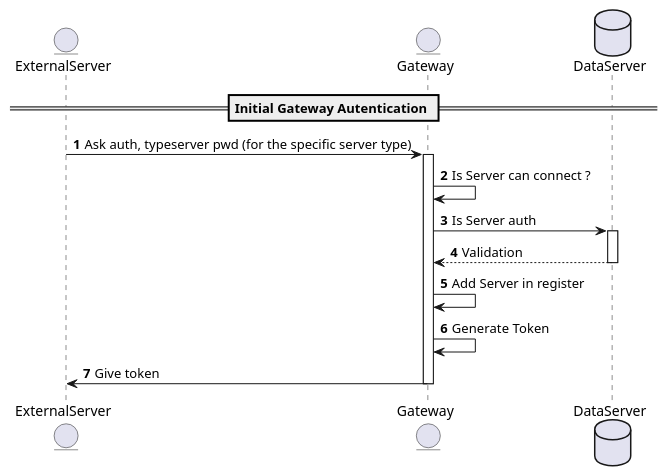
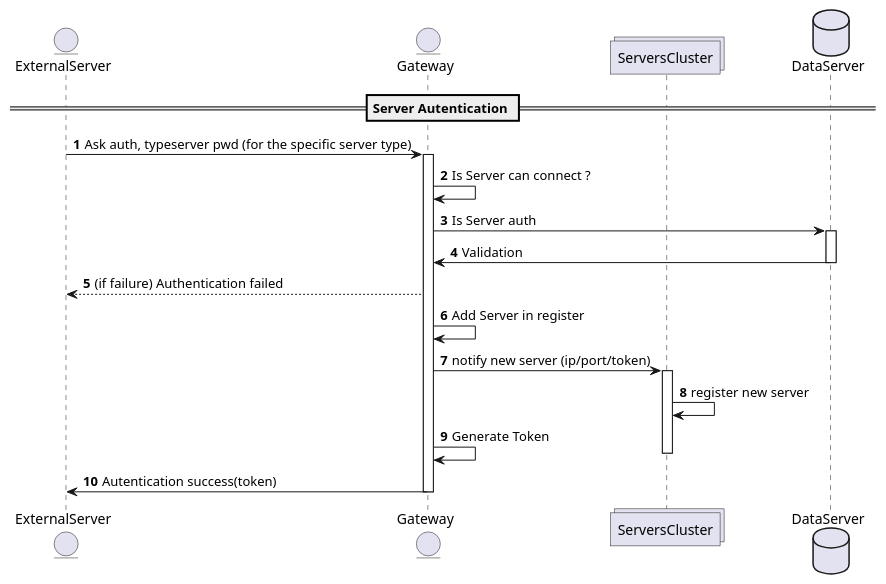
One commit to FreeYourSoul/DEPRECATED_FreeYourSoul_Server changed the diagram in Utils/resource/ServerAuthentication.puml. Above: the diagram before and after it, drawn with PlantUML. The commit also changed 1 other file, not shown here.

Commit message:
[FYS] [gateway]: resources - Add UML for switch (not complete) - Update Server UML

```diff
--- a/Utils/resource/ServerAuthentication.puml
+++ b/Utils/resource/ServerAuthentication.puml
@@ -1,18 +1,25 @@
 @startuml
 entity ExternalServer
 entity Gateway
+collections ServersCluster
 database DataServer
 autonumber
-== Initial Gateway Autentication ==
+== Server Autentication ==
 ExternalServer -> Gateway: Ask auth, typeserver pwd (for the specific server type)
 activate Gateway
 Gateway -> Gateway: Is Server can connect ?
 Gateway -> DataServer : Is Server auth
 activate DataServer
-Gateway <-- DataServer: Validation
+Gateway <- DataServer: Validation
 deactivate DataServer
+ExternalServer <-- Gateway: (if failure) Authentication failed
 Gateway -> Gateway: Add Server in register
+Gateway -> ServersCluster: notify new server (ip/port/token)
+activate ServersCluster
+ServersCluster -> ServersCluster: register new server
 Gateway -> Gateway: Generate Token
-ExternalServer <- Gateway: Give token
+deactivate ServersCluster
+ExternalServer <- Gateway: Autentication success(token)
 deactivate Gateway
+
 @enduml
```
